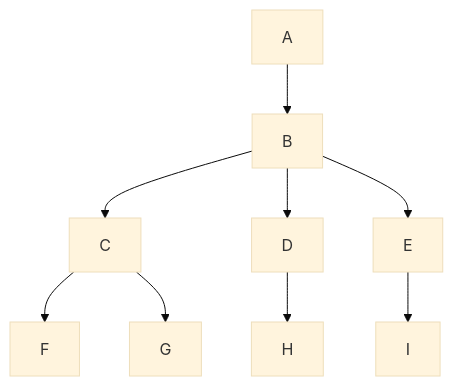
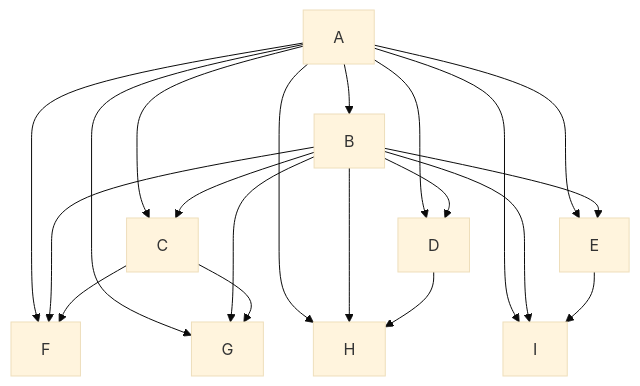
One commit to stefafafan/closure2wbs changed the diagram in examples/mermaid/output.mmd. Above: the diagram before and after it, drawn with Mermaid (base theme).

Commit message:
cargo run -- -i ./examples/mermaid/input.json -o ./examples/mermaid/output.mmd -f mermaid

```diff
--- a/examples/mermaid/output.mmd
+++ b/examples/mermaid/output.mmd
@@ -1,9 +1,20 @@
 flowchart TD
 A --> B
+A --> C
+A --> D
+A --> E
+A --> F
+A --> G
+A --> H
+A --> I
 B --> C
 B --> D
 B --> E
+B --> F
+B --> G
+B --> H
+B --> I
 C --> F
 C --> G
 D --> H
 E --> I
```
